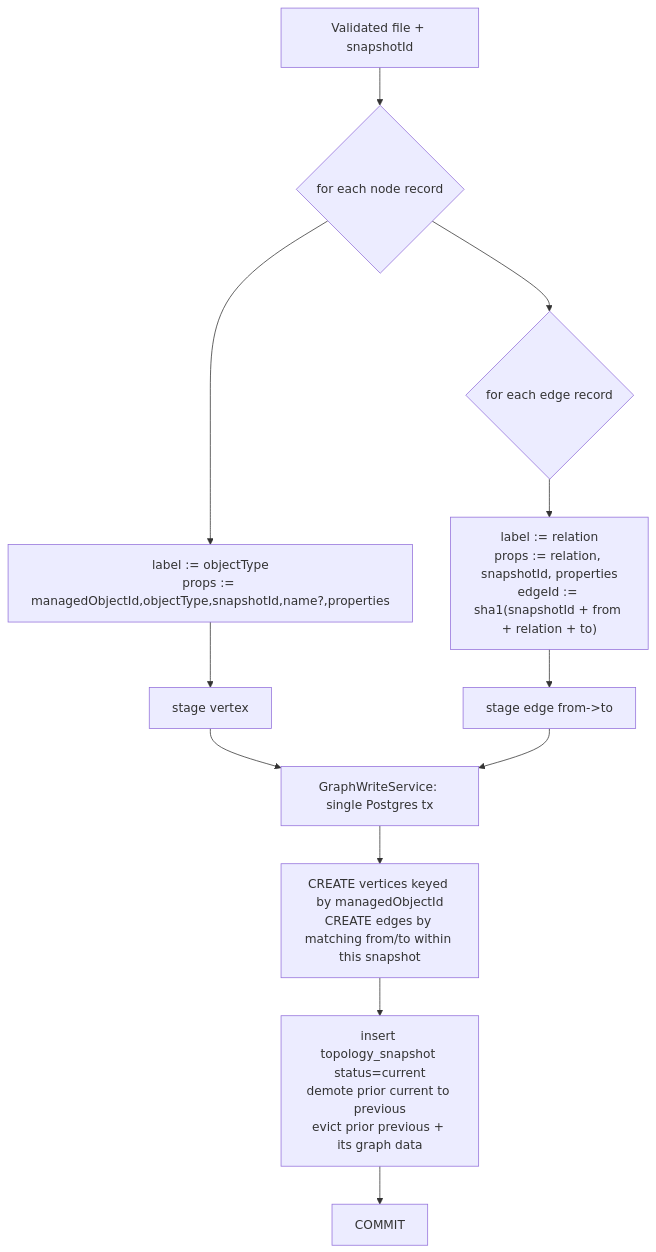
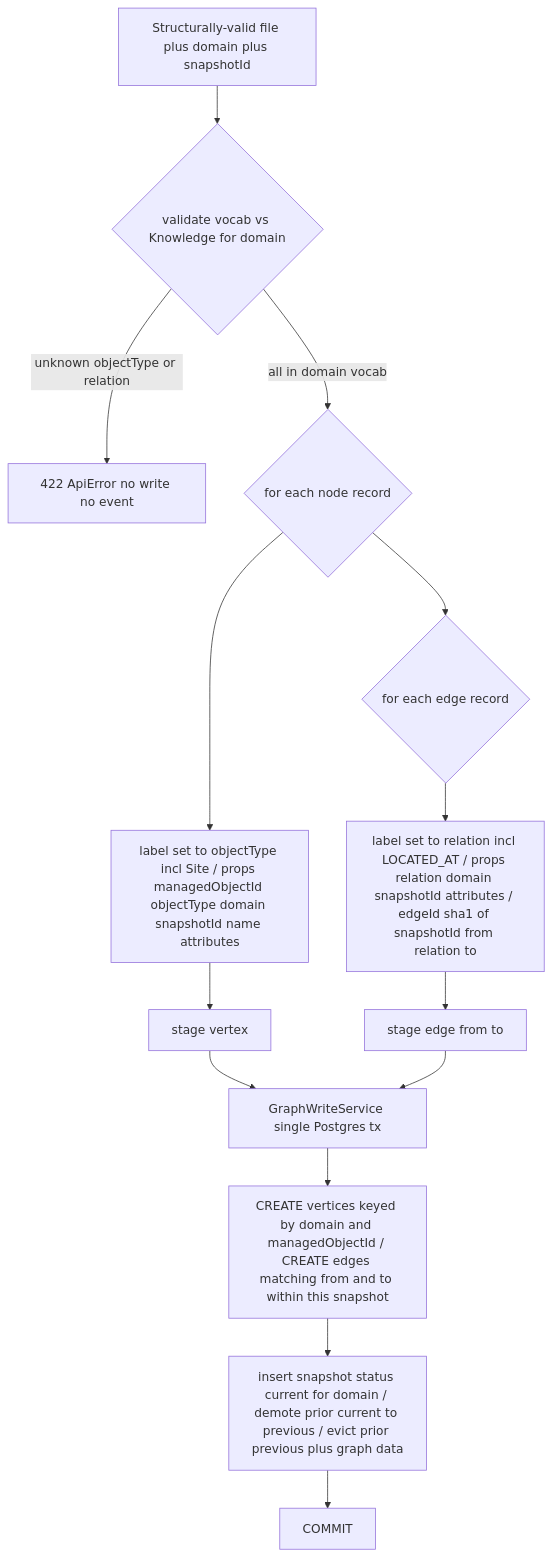
The eighth of 9 diagrams in services/topology/design.md (nikhilmohan/correlation-platform), drawn with Mermaid before and after one commit. The commit also changed other lines of this file, not shown here.

Commit message:
design(topology): domain isolation + Site/LOCATED_AT + attributes + Knowledge-vocab validation

````diff
--- a/services/topology/design.md
+++ b/services/topology/design.md
@@ -415,14 +589,16 @@
 ```mermaid
 flowchart TD
-  A[Validated file + snapshotId] --> B{for each node record}
-  B --> C[label := objectType\nprops := managedObjectId,objectType,snapshotId,name?,properties]
+  A[Structurally-valid file plus domain plus snapshotId] --> V{validate vocab vs Knowledge for domain}
+  V -- unknown objectType or relation --> R[422 ApiError no write no event]
+  V -- all in domain vocab --> B{for each node record}
+  B --> C[label set to objectType incl Site / props managedObjectId objectType domain snapshotId name attributes]
   C --> D[stage vertex]
   B --> E{for each edge record}
-  E --> F["label := relation<br/>props := relation, snapshotId, properties<br/>edgeId := sha1(snapshotId + from + relation + to)"]
-  F --> G[stage edge from->to]
-  D --> H[GraphWriteService: single Postgres tx]
+  E --> F[label set to relation incl LOCATED_AT / props relation domain snapshotId attributes / edgeId sha1 of snapshotId from relation to]
+  F --> G[stage edge from to]
+  D --> H[GraphWriteService single Postgres tx]
   G --> H
-  H --> I[CREATE vertices keyed by managedObjectId\nCREATE edges by matching from/to within this snapshot]
-  I --> J[insert topology_snapshot status=current\ndemote prior current to previous\nevict prior previous + its graph data]
+  H --> I[CREATE vertices keyed by domain and managedObjectId / CREATE edges matching from and to within this snapshot]
+  I --> J[insert snapshot status current for domain / demote prior current to previous / evict prior previous plus graph data]
   J --> K[COMMIT]
 ```
````
